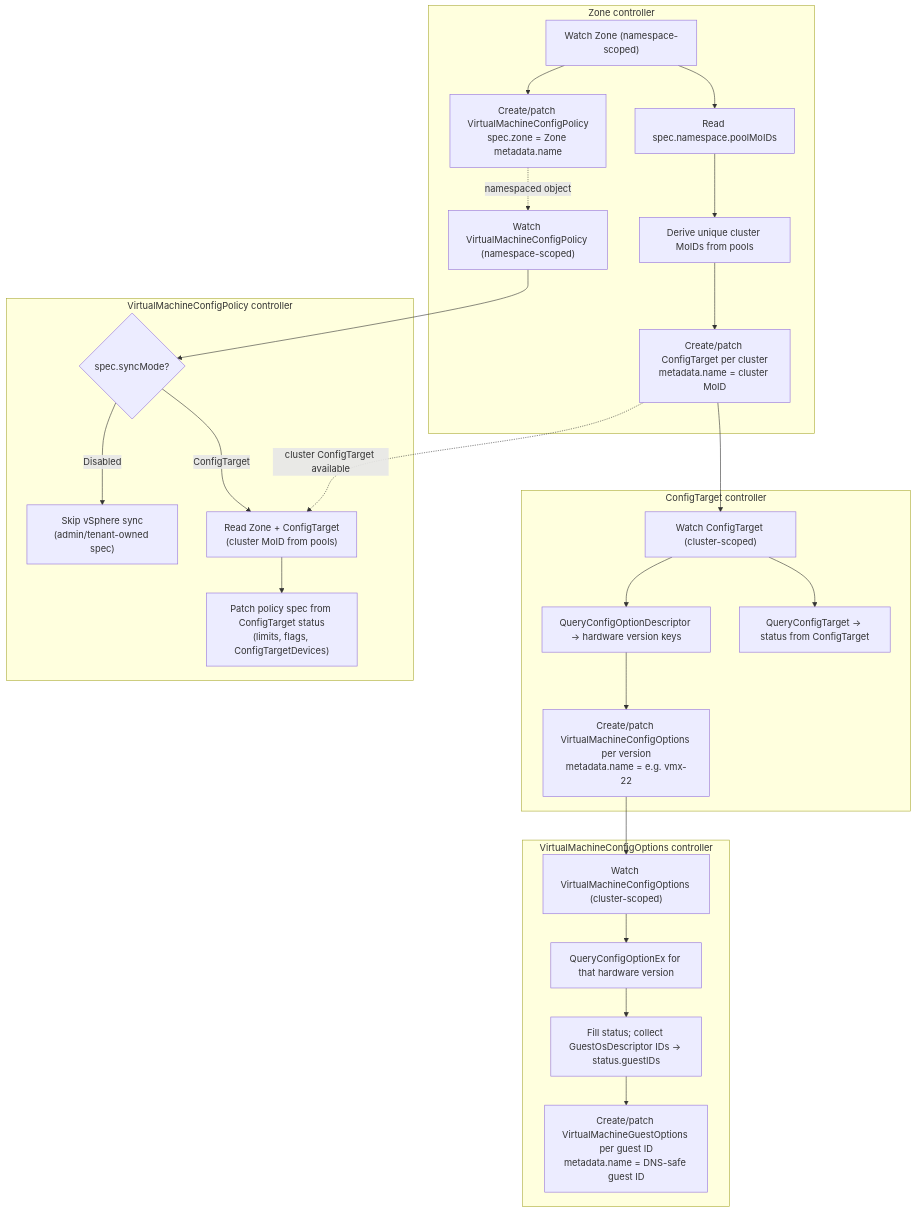
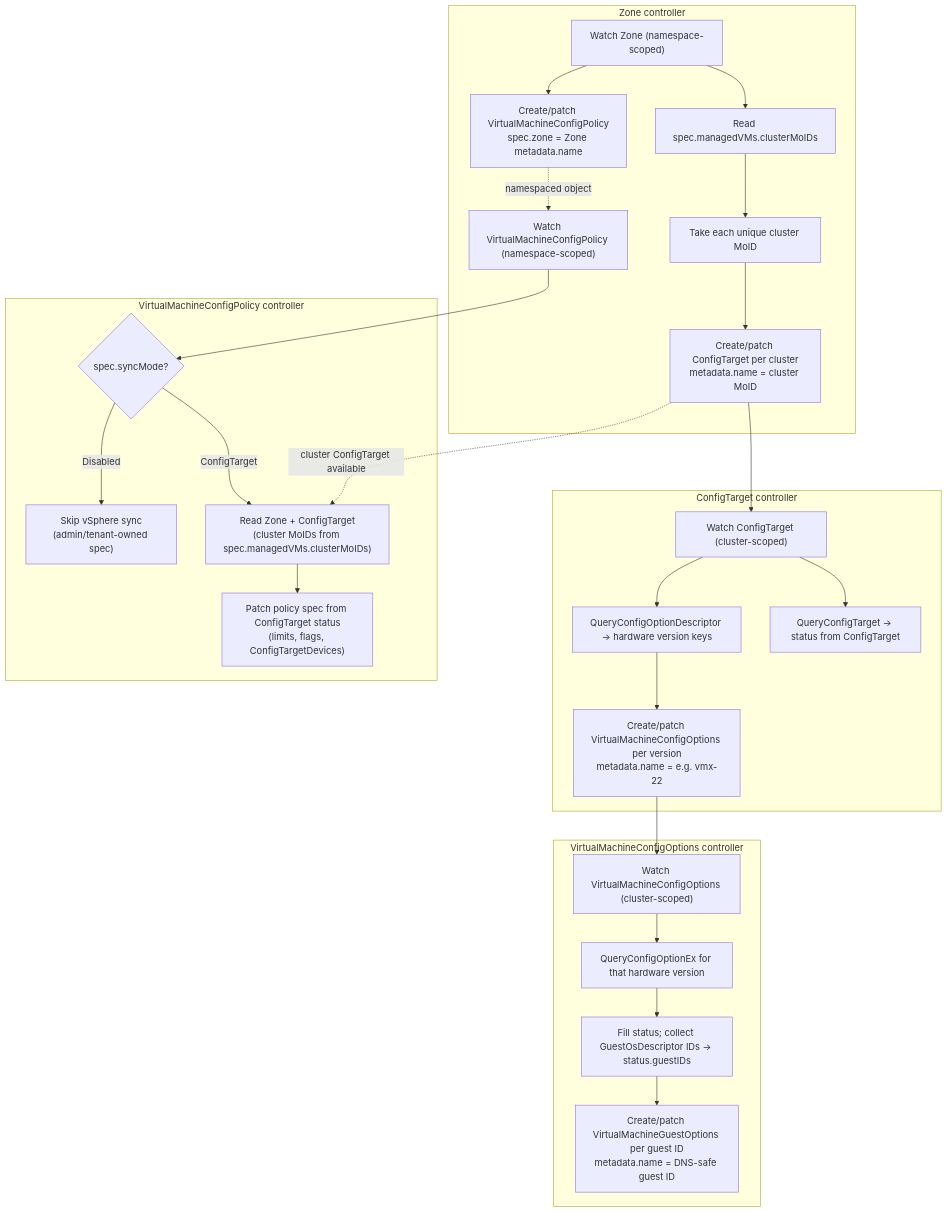
The first of 2 diagrams in external/vim/doc/controller-workflows.md (vmware-tanzu/vm-operator), drawn with Mermaid before and after one commit. The commit also changed other lines of this file and 4 other files, not shown here.

````diff
--- a/external/vim/doc/controller-workflows.md
+++ b/external/vim/doc/controller-workflows.md
@@ -12,45 +12,45 @@
 ```mermaid
 flowchart TB
   subgraph zone["Zone controller"]
     ZW["Watch Zone (namespace-scoped)"]
-    ZP["Read spec.namespace.poolMoIDs"]
-    ZC["Derive unique cluster MoIDs from pools"]
+    ZP["Read spec.managedVMs.clusterMoIDs"]
+    ZC["Take each unique cluster MoID"]
     ZCT["Create/patch ConfigTarget per cluster<br/>metadata.name = cluster MoID"]
     ZVMCP["Create/patch VirtualMachineConfigPolicy<br/>spec.zone = Zone metadata.name"]
     ZW --> ZP --> ZC --> ZCT
     ZW --> ZVMCP
     ZVMCP -.->|"namespaced object"| VPW
   end
 
   subgraph ct["ConfigTarget controller"]
     CTW["Watch ConfigTarget (cluster-scoped)"]
     QCT["QueryConfigTarget → status from ConfigTarget"]
     QCOD["QueryConfigOptionDescriptor → hardware version keys"]
     CTO["Create/patch VirtualMachineConfigOptions per version<br/>metadata.name = e.g. vmx-22"]
     CTW --> QCT
     CTW --> QCOD --> CTO
   end
 
   subgraph vmco["VirtualMachineConfigOptions controller"]
     VW["Watch VirtualMachineConfigOptions (cluster-scoped)"]
     QCOE["QueryConfigOptionEx for that hardware version"]
     VST["Fill status; collect GuestOsDescriptor IDs → status.guestIDs"]
     VGO["Create/patch VirtualMachineGuestOptions per guest ID<br/>metadata.name = DNS-safe guest ID"]
     VW --> QCOE --> VST --> VGO
   end
 
   subgraph vmcp["VirtualMachineConfigPolicy controller"]
     VPW["Watch VirtualMachineConfigPolicy (namespace-scoped)"]
     VCHK{"spec.syncMode?"}
-    VSM["Read Zone + ConfigTarget<br/>(cluster MoID from pools)"]
+    VSM["Read Zone + ConfigTarget<br/>(cluster MoIDs from spec.managedVMs.clusterMoIDs)"]
     VPS["Patch policy spec from ConfigTarget status<br/>(limits, flags, ConfigTargetDevices)"]
     VDIS["Skip vSphere sync<br/>(admin/tenant-owned spec)"]
     VPW --> VCHK
     VCHK -->|ConfigTarget| VSM --> VPS
     VCHK -->|Disabled| VDIS
   end
 
   ZCT --> CTW
   CTO --> VW
   ZCT -.->|"cluster ConfigTarget available"| VSM
 ```
````
